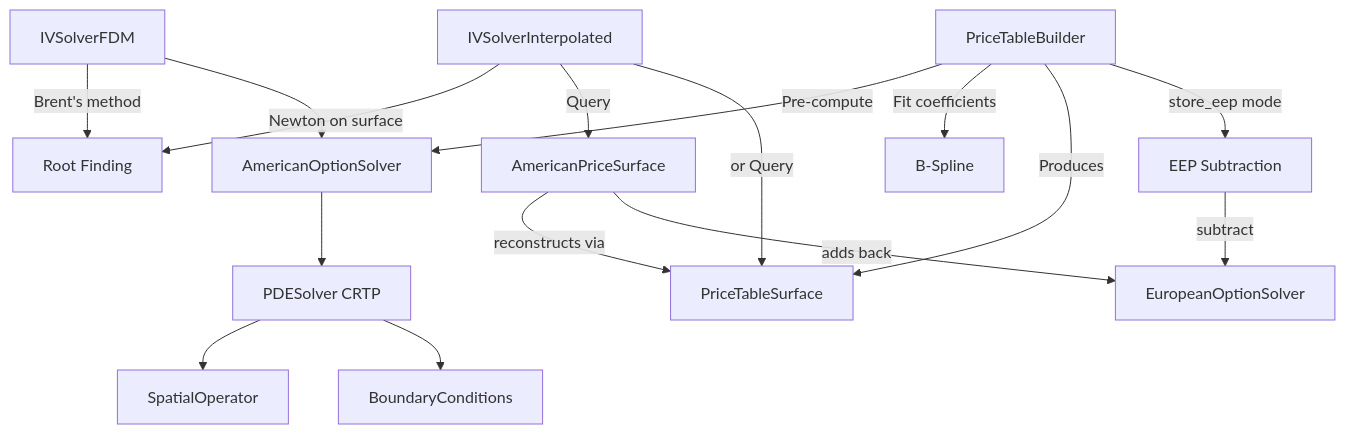
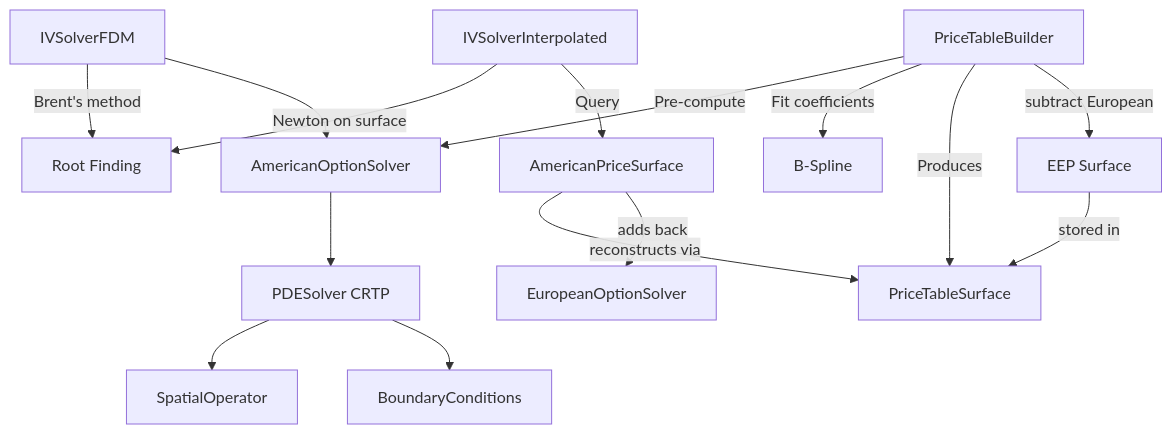
The first of 4 diagrams in docs/ARCHITECTURE.md (accelas/mango-option), drawn with Mermaid before and after one commit. The commit also changed other lines of this file and 27 other files, not shown here.

First line of the commit message:
Remove store_eep toggle: EEP always on

````diff
--- a/docs/ARCHITECTURE.md
+++ b/docs/ARCHITECTURE.md
@@ -25,18 +25,17 @@
 ```mermaid
 graph TD
     IV[IVSolverFDM] -->|Brent's method| ROOT[Root Finding]
     IV --> AO[AmericanOptionSolver]
     AO --> PDE[PDESolver CRTP]
     PDE --> OPS[SpatialOperator]
     PDE --> BC[BoundaryConditions]
     PTABLE[PriceTableBuilder] -->|Pre-compute| AO
     PTABLE -->|Fit coefficients| SPLINE[B-Spline]
     PTABLE -->|Produces| SURFACE[PriceTableSurface]
-    PTABLE -->|store_eep mode| EEP[EEP Subtraction]
-    EEP -->|subtract| EU[EuropeanOptionSolver]
+    PTABLE -->|subtract European| EEP[EEP Surface]
+    EEP -->|stored in| SURFACE
     APS[AmericanPriceSurface] -->|reconstructs via| SURFACE
-    APS -->|adds back| EU
+    APS -->|adds back| EU[EuropeanOptionSolver]
     IVFAST[IVSolverInterpolated] -->|Newton on surface| ROOT
     IVFAST -->|Query| APS
-    IVFAST -->|or Query| SURFACE
 ```
````
